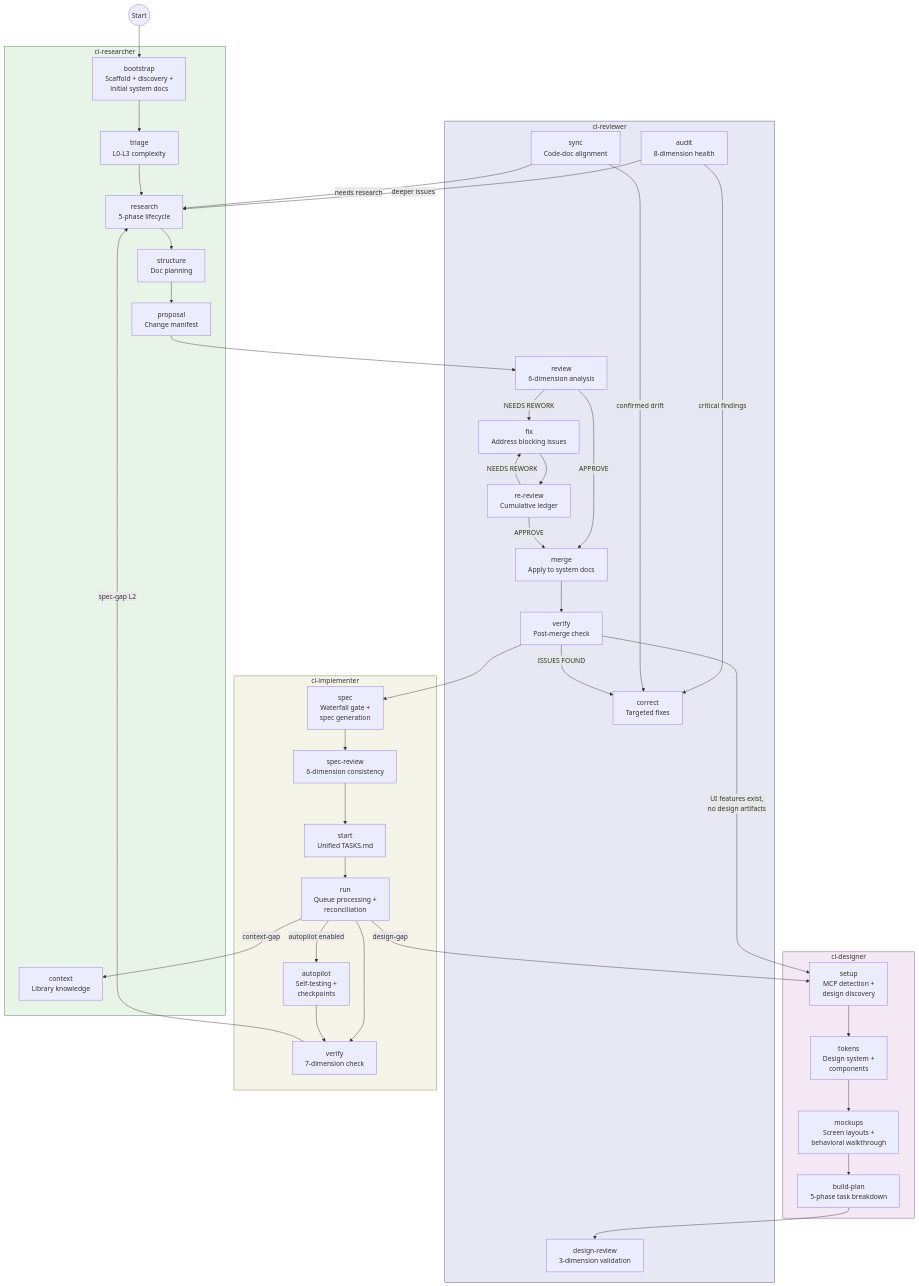
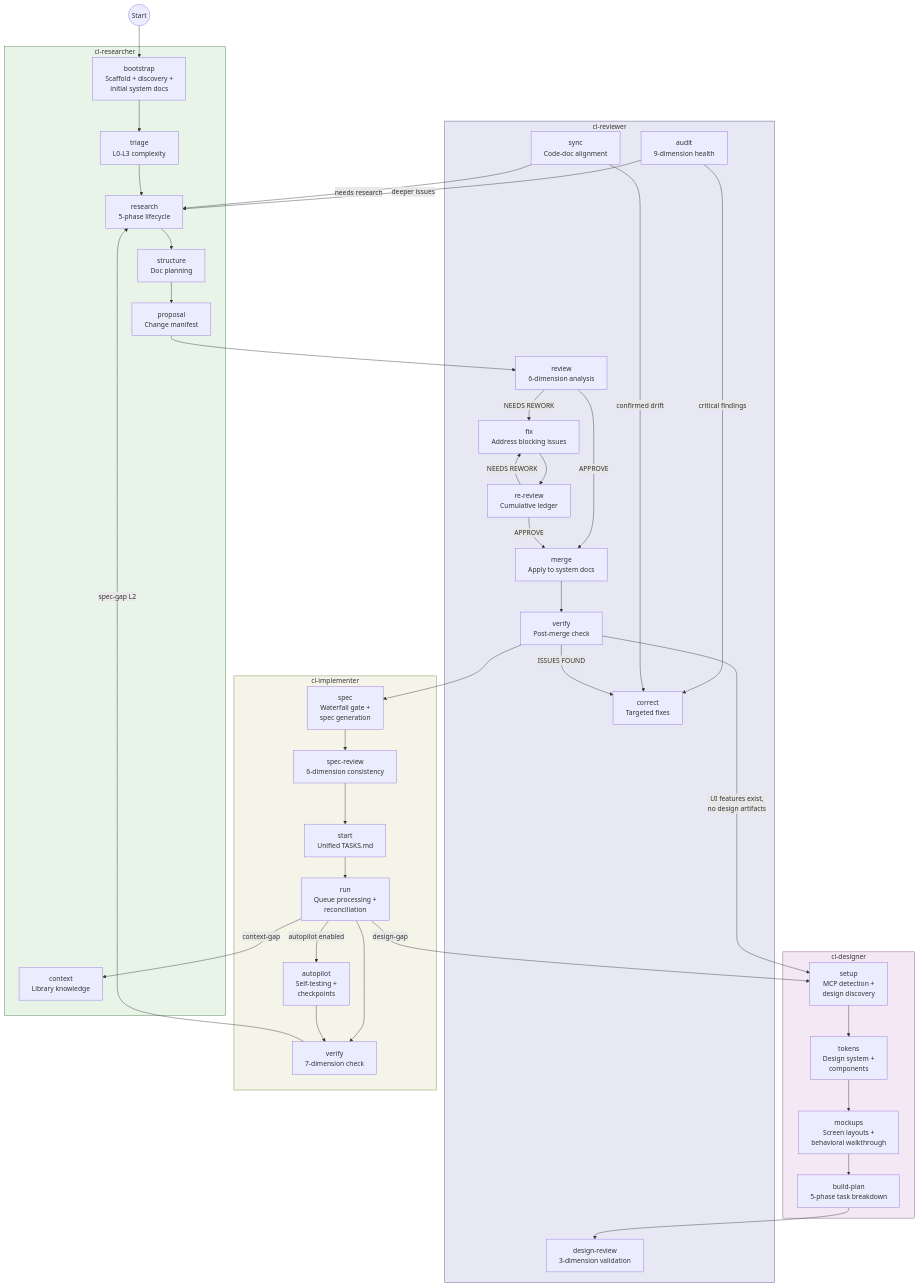
The third of 19 diagrams in docs/SYSTEM_DESIGN.md (dev-eloper1/clarity-loop), drawn with Mermaid before and after one commit. The commit also changed other lines of this file and 18 other files, not shown here.

````diff
--- a/docs/SYSTEM_DESIGN.md
+++ b/docs/SYSTEM_DESIGN.md
@@ -146,74 +180,74 @@
 ```mermaid
 flowchart TD
     START((Start)) --> BOOT
 
     subgraph Researcher["cl-researcher"]
         BOOT["bootstrap<br/>Scaffold + discovery +<br/>initial system docs"]
         TRIAGE["triage<br/>L0-L3 complexity"]
         RESEARCH["research<br/>5-phase lifecycle"]
         STRUCT["structure<br/>Doc planning"]
         PROPOSAL["proposal<br/>Change manifest"]
         CONTEXT["context<br/>Library knowledge"]
     end
 
     subgraph Reviewer["cl-reviewer"]
         REVIEW["review<br/>6-dimension analysis"]
         FIX["fix<br/>Address blocking issues"]
         REREVIEW["re-review<br/>Cumulative ledger"]
         MERGE["merge<br/>Apply to system docs"]
         VERIFY_R["verify<br/>Post-merge check"]
-        AUDIT["audit<br/>8-dimension health"]
+        AUDIT["audit<br/>9-dimension health"]
         CORRECT["correct<br/>Targeted fixes"]
         SYNC_R["sync<br/>Code-doc alignment"]
         DREVIEW["design-review<br/>3-dimension validation"]
     end
 
     subgraph Designer["cl-designer"]
         SETUP["setup<br/>MCP detection +<br/>design discovery"]
         TOKENS["tokens<br/>Design system +<br/>components"]
         MOCKUPS["mockups<br/>Screen layouts +<br/>behavioral walkthrough"]
         BPLAN["build-plan<br/>5-phase task breakdown"]
     end
 
     subgraph Implementer["cl-implementer"]
         SPEC["spec<br/>Waterfall gate +<br/>spec generation"]
         SPECREV["spec-review<br/>6-dimension consistency"]
         ISTART["start<br/>Unified TASKS.md"]
         RUN["run<br/>Queue processing +<br/>reconciliation"]
         AUTO["autopilot<br/>Self-testing +<br/>checkpoints"]
         VERIFY_I["verify<br/>7-dimension check"]
     end
 
     BOOT --> TRIAGE --> RESEARCH --> STRUCT --> PROPOSAL
     PROPOSAL --> REVIEW
     REVIEW -->|"NEEDS REWORK"| FIX --> REREVIEW
     REREVIEW -->|"NEEDS REWORK"| FIX
     REVIEW -->|"APPROVE"| MERGE --> VERIFY_R
     REREVIEW -->|"APPROVE"| MERGE
 
     VERIFY_R -->|"UI features exist,<br/>no design artifacts"| SETUP
     SETUP --> TOKENS --> MOCKUPS --> BPLAN
     BPLAN --> DREVIEW
 
     VERIFY_R --> SPEC
     SPEC --> SPECREV --> ISTART --> RUN
     RUN --> VERIFY_I
 
     RUN -->|"autopilot enabled"| AUTO --> VERIFY_I
 
     %% Backward loops
     VERIFY_I -->|"spec-gap L2"| RESEARCH
     RUN -->|"context-gap"| CONTEXT
     RUN -->|"design-gap"| SETUP
     AUDIT -->|"critical findings"| CORRECT
     AUDIT -->|"deeper issues"| RESEARCH
     SYNC_R -->|"confirmed drift"| CORRECT
     SYNC_R -->|"needs research"| RESEARCH
 
     VERIFY_R -->|"ISSUES FOUND"| CORRECT
 
     style Researcher fill:#e8f4e8,stroke:#4a7c4a
     style Reviewer fill:#e8e8f4,stroke:#4a4a7c
     style Designer fill:#f4e8f4,stroke:#7c4a7c
     style Implementer fill:#f4f4e8,stroke:#7c7c4a
 ```
````
